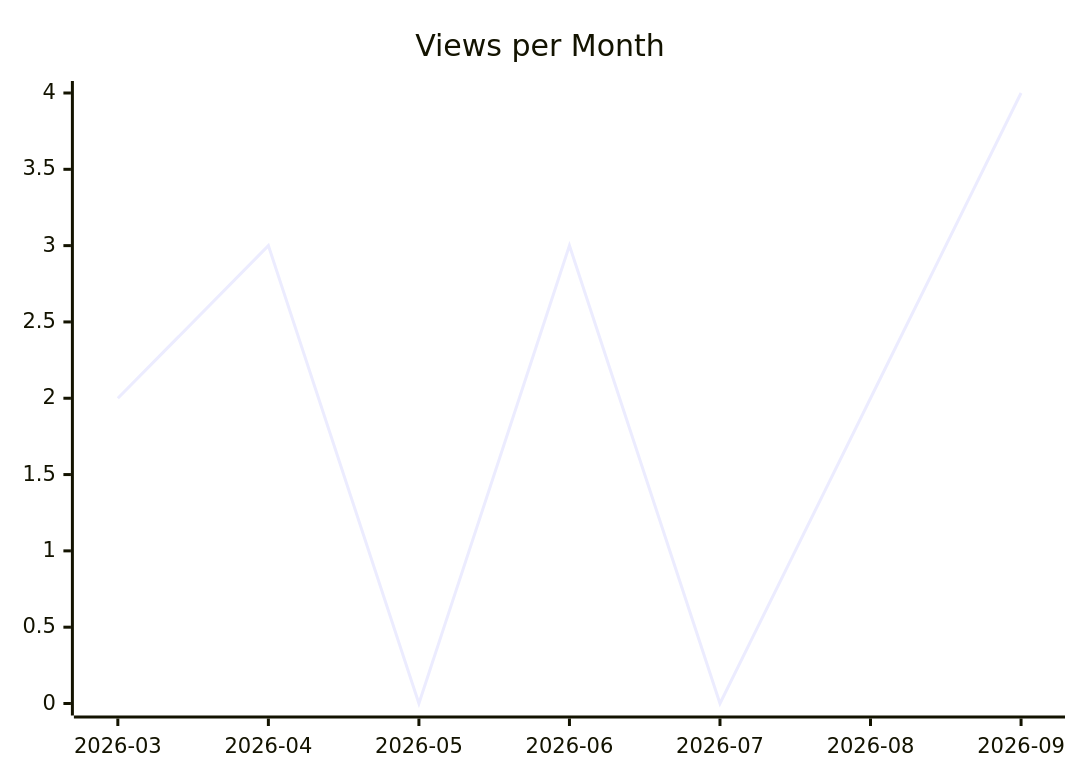
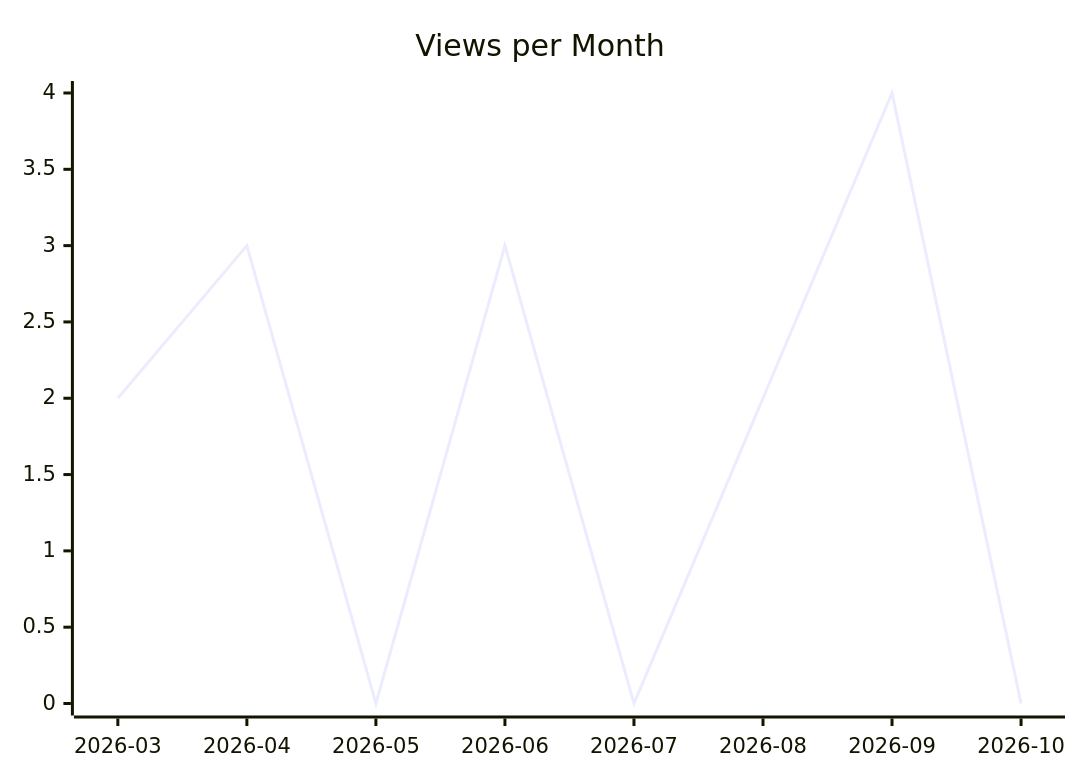
One commit to justdavis-family/github-analytics-data changed the second of 3 diagrams in karlmdavis/ansible-role-bind-dns/README.md. Above: the diagram before and after it, drawn with Mermaid. The commit also changed other lines of this file and 202 other files, not shown here.

````diff
--- a/karlmdavis/ansible-role-bind-dns/README.md
+++ b/karlmdavis/ansible-role-bind-dns/README.md
@@ -12,6 +12,6 @@
 ```mermaid
 xychart-beta
   title "Views per Month"
-  x-axis ["2026-03", "2026-04", "2026-05", "2026-06", "2026-07", "2026-08", "2026-09"]
-  line [2, 3, 0, 3, 0, 2, 4]
+  x-axis ["2026-03", "2026-04", "2026-05", "2026-06", "2026-07", "2026-08", "2026-09", "2026-10"]
+  line [2, 3, 0, 3, 0, 2, 4, 0]
 ```
````
